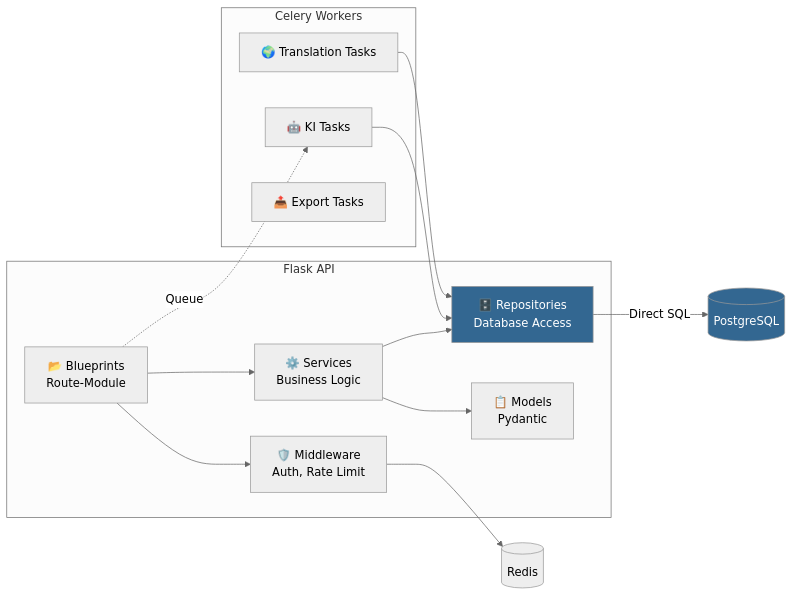
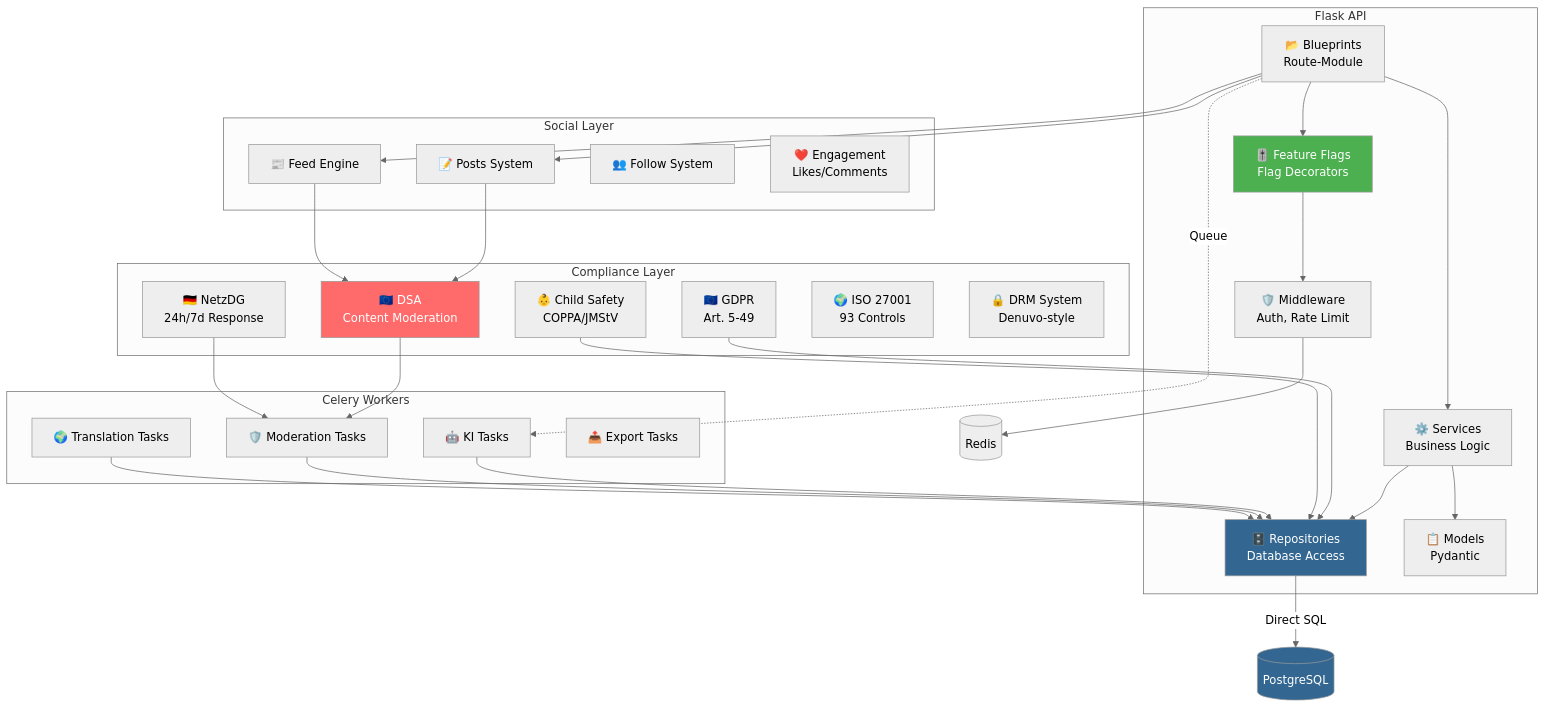
One commit to flokflok1/lernseite changed the second of 3 diagrams in LernsystemX-Doku/05_Technical/05_Backend-Struktur.md. Above: the diagram before and after it, drawn with Mermaid (neutral theme). The commit also changed other lines of this file and 1017 other files, not shown here.

````diff
--- a/LernsystemX-Doku/05_Technical/05_Backend-Struktur.md
+++ b/LernsystemX-Doku/05_Technical/05_Backend-Struktur.md
@@ -80,33 +107,65 @@
 ```mermaid
-graph LR
+graph TB
     subgraph "Flask API"
         BP[📂 Blueprints<br/>Route-Module]
+        FF[🎚️ Feature Flags<br/>Flag Decorators]
         SVC[⚙️ Services<br/>Business Logic]
         REPO[🗄️ Repositories<br/>Database Access]
         MDL[📋 Models<br/>Pydantic]
         MW[🛡️ Middleware<br/>Auth, Rate Limit]
     end
 
+    subgraph "Social Layer"
+        POSTS[📝 Posts System]
+        FEED[📰 Feed Engine]
+        FOLLOW[👥 Follow System]
+        ENGAGE[❤️ Engagement<br/>Likes/Comments]
+    end
+
+    subgraph "Compliance Layer"
+        DSA[🇪🇺 DSA<br/>Content Moderation]
+        NETZDG[🇩🇪 NetzDG<br/>24h/7d Response]
+        GDPR[🇪🇺 GDPR<br/>Art. 5-49]
+        CHILD[👶 Child Safety<br/>COPPA/JMStV]
+        ISO[🌍 ISO 27001<br/>93 Controls]
+        DRM[🔒 DRM System<br/>Denuvo-style]
+    end
+
     subgraph "Celery Workers"
         KI_TASK[🤖 KI Tasks]
+        MOD_TASK[🛡️ Moderation Tasks]
         TRANS_TASK[🌍 Translation Tasks]
         EXPORT_TASK[📤 Export Tasks]
     end
 
     DB[(PostgreSQL)]
     REDIS[(Redis)]
 
-    BP --> MW
+    BP --> FF
+    FF --> MW
     BP --> SVC
     SVC --> REPO
     SVC --> MDL
     REPO -->|Direct SQL| DB
     MW --> REDIS
 
+    BP --> POSTS
+    BP --> FEED
+    POSTS --> DSA
+    FEED --> DSA
+
+    DSA --> MOD_TASK
+    NETZDG --> MOD_TASK
+    GDPR --> REPO
+    CHILD --> REPO
+
     BP -.->|Queue| KI_TASK
     KI_TASK --> REPO
+    MOD_TASK --> REPO
     TRANS_TASK --> REPO
 
     style REPO fill:#336791,color:#fff
     style DB fill:#336791,color:#fff
+    style DSA fill:#FF6B6B,color:#fff
+    style FF fill:#4CAF50,color:#fff
 ```
````
